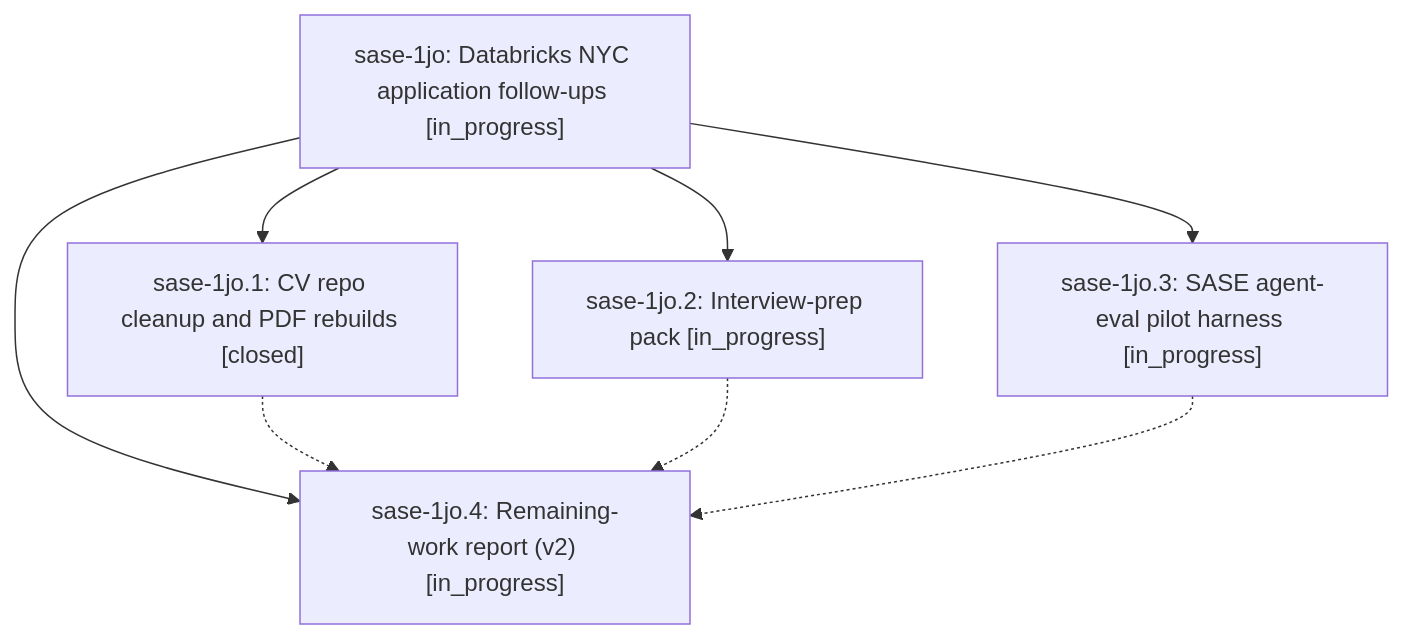
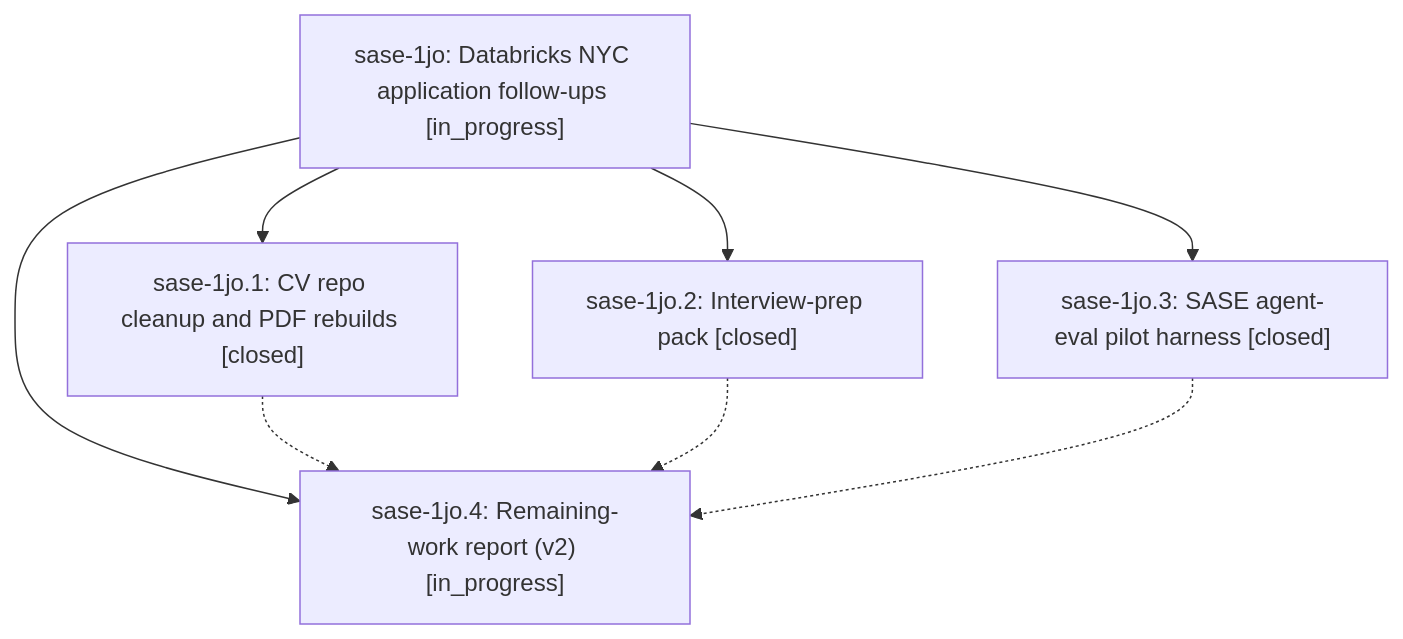
One commit to sase-org/sase--beads changed the diagram in pages/sase-1jo/README.md. Above: the diagram before and after it, drawn with Mermaid. The commit also changed other lines of this file and 4 other files, not shown here.

````diff
--- a/pages/sase-1jo/README.md
+++ b/pages/sase-1jo/README.md
@@ -37,15 +37,15 @@
 ```mermaid
 flowchart TD
     n0["sase-1jo: Databricks NYC application follow-ups [in_progress]"]
     n1["sase-1jo.1: CV repo cleanup and PDF rebuilds [closed]"]
-    n2["sase-1jo.2: Interview-prep pack [in_progress]"]
-    n3["sase-1jo.3: SASE agent-eval pilot harness [in_progress]"]
+    n2["sase-1jo.2: Interview-prep pack [closed]"]
+    n3["sase-1jo.3: SASE agent-eval pilot harness [closed]"]
     n4["sase-1jo.4: Remaining-work report (v2) [in_progress]"]
     n0 --> n1
     n0 --> n2
     n0 --> n3
     n0 --> n4
     n1 -.-> n4
     n2 -.-> n4
     n3 -.-> n4
 ```
````
